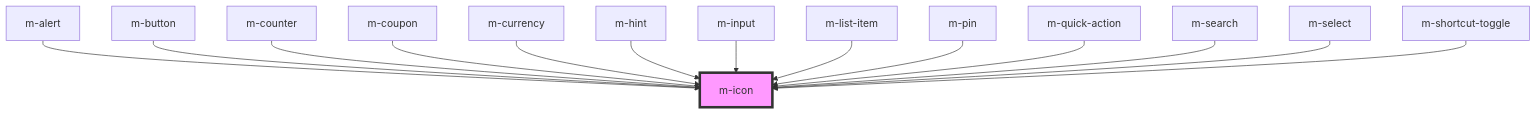
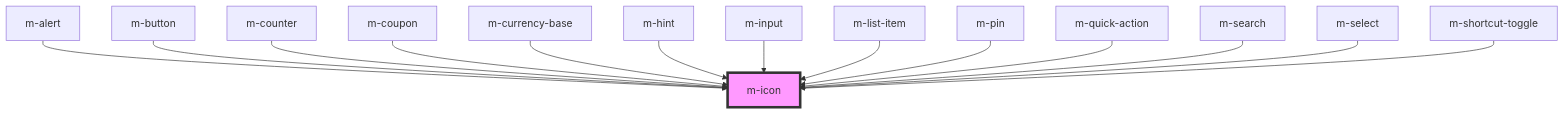
The diagram in libraries/modyo-design-system/src/components/m-icon/readme.md (dynamic-framework/dynamic-ui), drawn with Mermaid before and after one commit. The commit also changed other lines of this file and 12 other files, not shown here.

Commit message:
refactor: replace mCurrency as mCurrencyBase

````diff
--- a/libraries/modyo-design-system/src/components/m-icon/readme.md
+++ b/libraries/modyo-design-system/src/components/m-icon/readme.md
@@ -42,17 +42,17 @@
 ```mermaid
 graph TD;
   m-alert --> m-icon
   m-button --> m-icon
   m-counter --> m-icon
   m-coupon --> m-icon
-  m-currency --> m-icon
+  m-currency-base --> m-icon
   m-hint --> m-icon
   m-input --> m-icon
   m-list-item --> m-icon
   m-pin --> m-icon
   m-quick-action --> m-icon
   m-search --> m-icon
   m-select --> m-icon
   m-shortcut-toggle --> m-icon
   style m-icon fill:#f9f,stroke:#333,stroke-width:4px
 ```
````
